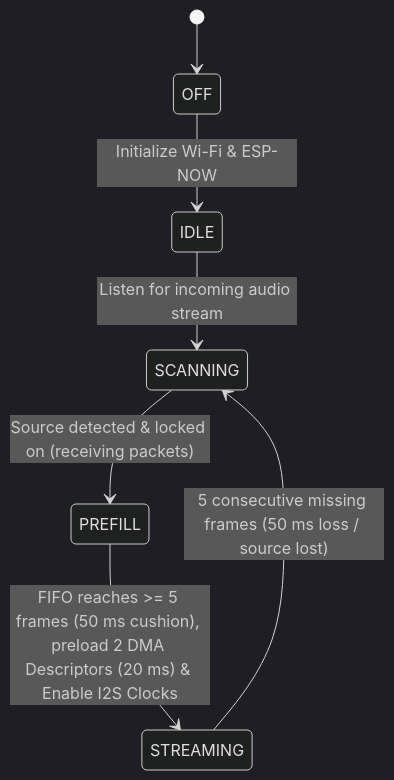
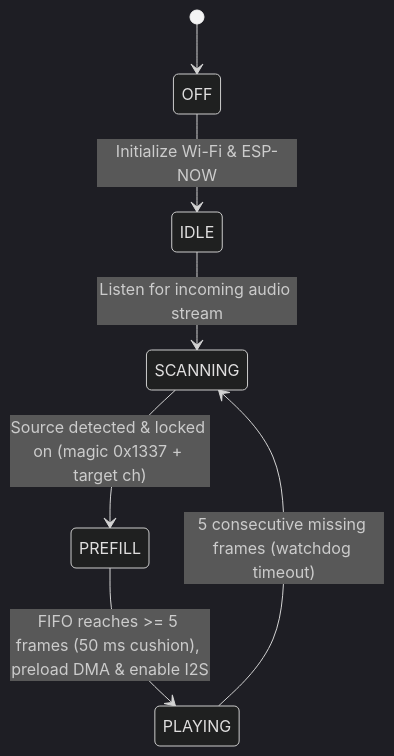
One commit to sskoog/ble_audio changed the third of 3 diagrams in apps/audioESP-NOW/ESP-NOW_protocol.md. Above: the diagram before and after it, drawn with Mermaid (dark theme). The commit also changed other lines of this file and 28 other files, not shown here.

````diff
--- a/apps/audioESP-NOW/ESP-NOW_protocol.md
+++ b/apps/audioESP-NOW/ESP-NOW_protocol.md
@@ -187,9 +198,9 @@
 ```mermaid
 stateDiagram-v2
     [*] --> OFF
     OFF --> IDLE: Initialize Wi-Fi & ESP-NOW
     IDLE --> SCANNING: Listen for incoming audio stream
-    SCANNING --> PREFILL: Source detected & locked on (receiving packets)
-    PREFILL --> STREAMING: FIFO reaches >= 5 frames (50 ms cushion), preload 2 DMA Descriptors (20 ms) & Enable I2S Clocks
-    STREAMING --> SCANNING: 5 consecutive missing frames (50 ms loss / source lost)
+    SCANNING --> PREFILL: Source detected & locked on (magic 0x1337 + target ch)
+    PREFILL --> PLAYING: FIFO reaches >= 5 frames (50 ms cushion), preload DMA & enable I2S
+    PLAYING --> SCANNING: 5 consecutive missing frames (watchdog timeout)
 ```
````
